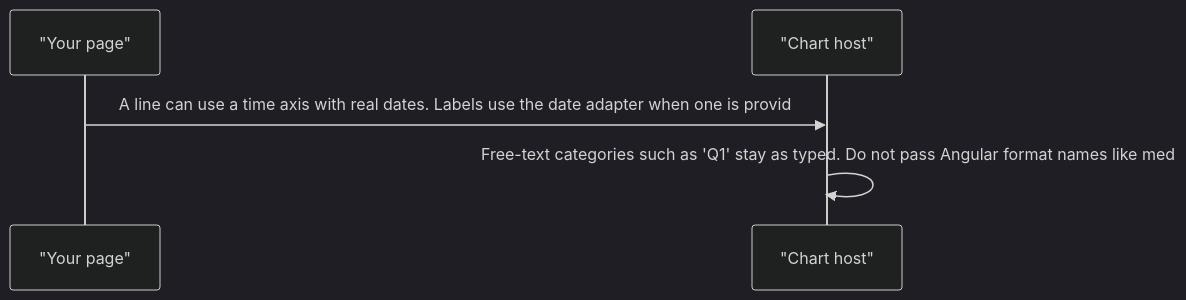
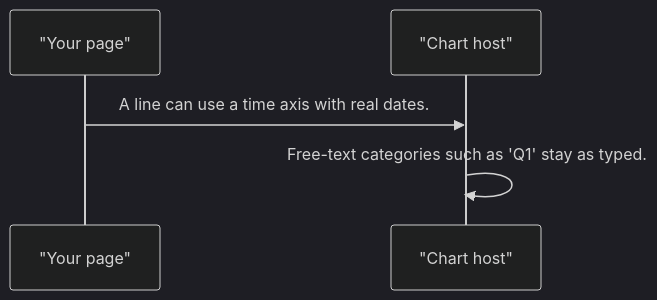
The fourth of 4 diagrams in projects/pixel-ui/src/lib/pixel-chart/DESIGN.md (RajshekharBorate/pixel-ui), drawn with Mermaid (dark theme) before and after one commit. The commit also changed other lines of this file and 80 other files, not shown here.

Commit message:
Fill missing design flows and correct the stories that did not match component behavior.

````diff
--- a/projects/pixel-ui/src/lib/pixel-chart/DESIGN.md
+++ b/projects/pixel-ui/src/lib/pixel-chart/DESIGN.md
@@ -71,7 +71,7 @@
 ```mermaid
 sequenceDiagram
   participant page as "Your page"
   participant host as "Chart host"
-  page->>host: A line can use a time axis with real dates. Labels use the date adapter when one is provid
-  host->>host: Free-text categories such as 'Q1' stay as typed. Do not pass Angular format names like med
+  page->>host: A line can use a time axis with real dates.
+  host->>host: Free-text categories such as 'Q1' stay as typed.
 ```
````
